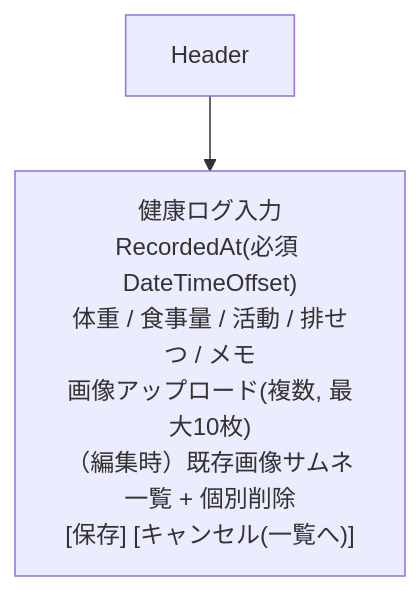
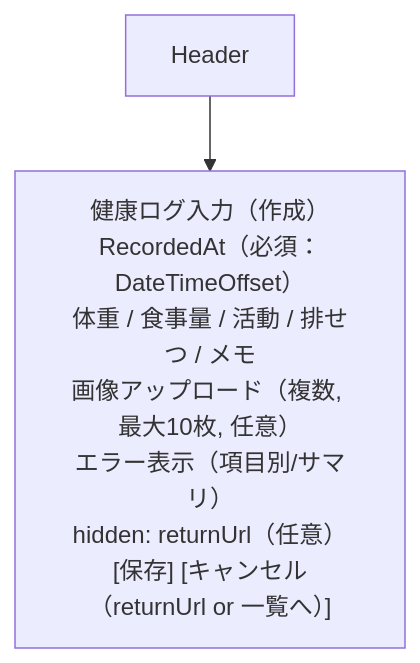
Diagram 13 of 23 in docs/ui-wireframe.md (Cat5Dog2/PetHealthManagement), drawn with Mermaid before and after one commit. The commit also changed other lines of this file, not shown here.

````diff
--- a/docs/ui-wireframe.md
+++ b/docs/ui-wireframe.md
@@ -116,6 +216,7 @@
 ```mermaid
 flowchart TB
   Header["Header"]
-  Form["健康ログ入力<br/>RecordedAt(必須 DateTimeOffset)<br/>体重 / 食事量 / 活動 / 排せつ / メモ<br/>画像アップロード(複数, 最大10枚)<br/>（編集時）既存画像サムネ一覧 + 個別削除<br/>[保存] [キャンセル(一覧へ)]"]
+  Form["健康ログ入力（作成）<br/>RecordedAt（必須：DateTimeOffset）<br/>体重 / 食事量 / 活動 / 排せつ / メモ<br/>画像アップロード（複数, 最大10枚, 任意）<br/>エラー表示（項目別/サマリ）<br/>hidden: returnUrl（任意）<br/>[保存] [キャンセル（returnUrl or 一覧へ）]"]
+
   Header --> Form
 ```
````
